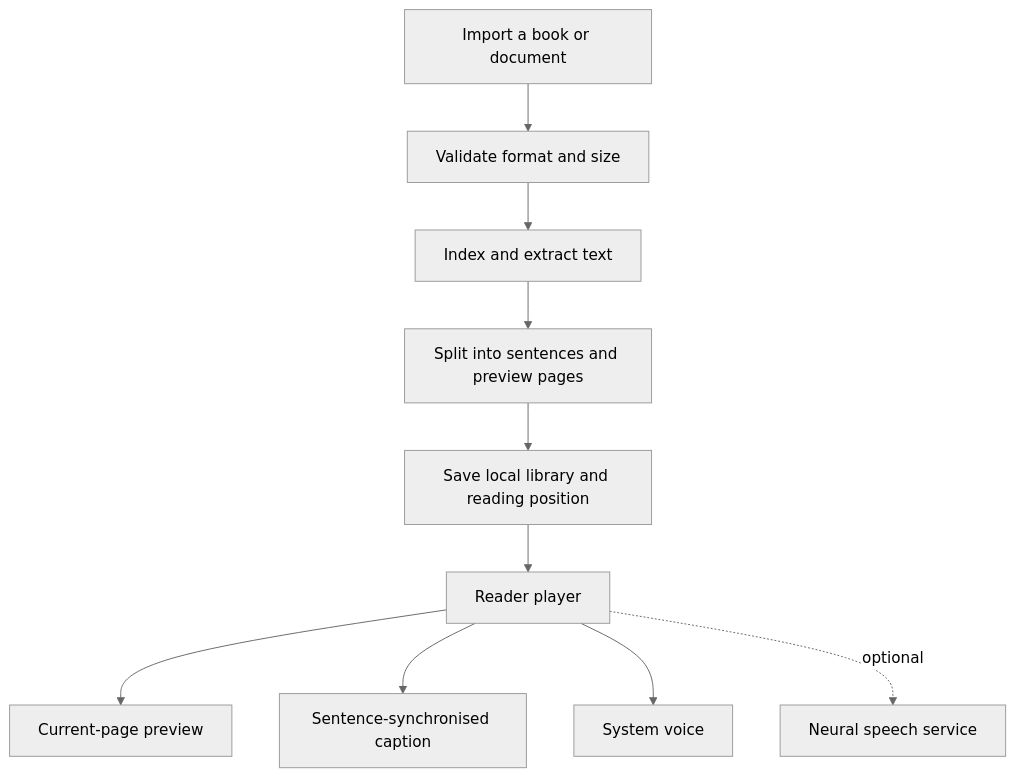
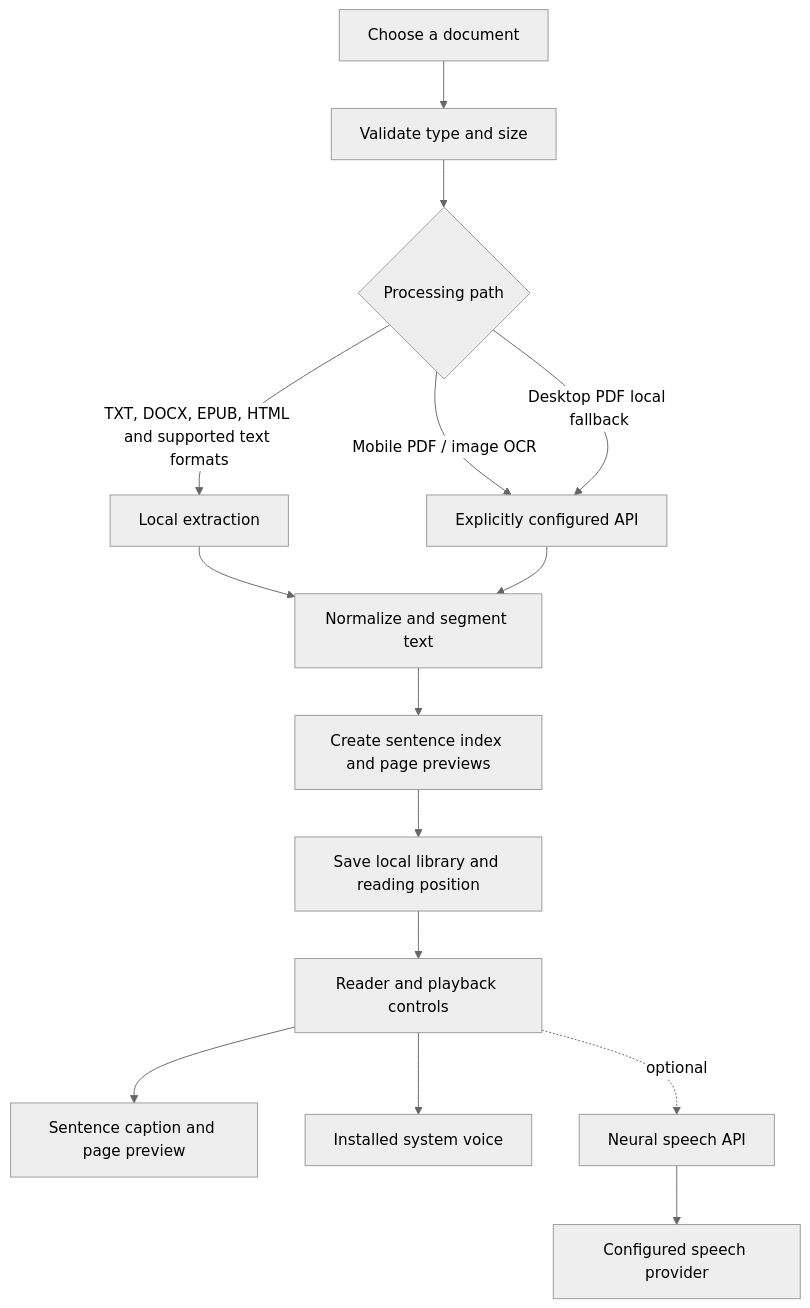
Before and after one commit to PerezChris99/ReadAloud: the first of 2 diagrams in README.md, drawn with Mermaid (neutral theme). The commit also changed other lines of this file and 2 other files, not shown here.

Commit message:
Document release gates, system boundaries, and store readiness

````diff
--- a/README.md
+++ b/README.md
@@ -19,12 +22,17 @@
-~~~mermaid
+```mermaid
 flowchart TD
-  A[Import a book or document] --> B[Validate format and size]
-  B --> C[Index and extract text]
-  C --> D[Split into sentences and preview pages]
-  D --> E[Save local library and reading position]
-  E --> F[Reader player]
-  F --> G[Current-page preview]
-  F --> H[Sentence-synchronised caption]
-  F --> I[System voice]
-  F -. optional .-> J[Neural speech service]
-~~~
+    A[Choose a document] --> B[Validate type and size]
+    B --> C{Processing path}
+    C -->|TXT, DOCX, EPUB, HTML and supported text formats| D[Local extraction]
+    C -->|Mobile PDF / image OCR| E[Explicitly configured API]
+    C -->|Desktop PDF local fallback| E
+    D --> F[Normalize and segment text]
+    E --> F
+    F --> G[Create sentence index and page previews]
+    G --> H[Save local library and reading position]
+    H --> I[Reader and playback controls]
+    I --> J[Sentence caption and page preview]
+    I --> K[Installed system voice]
+    I -. optional .-> L[Neural speech API]
+    L --> M[Configured speech provider]
+```
````
